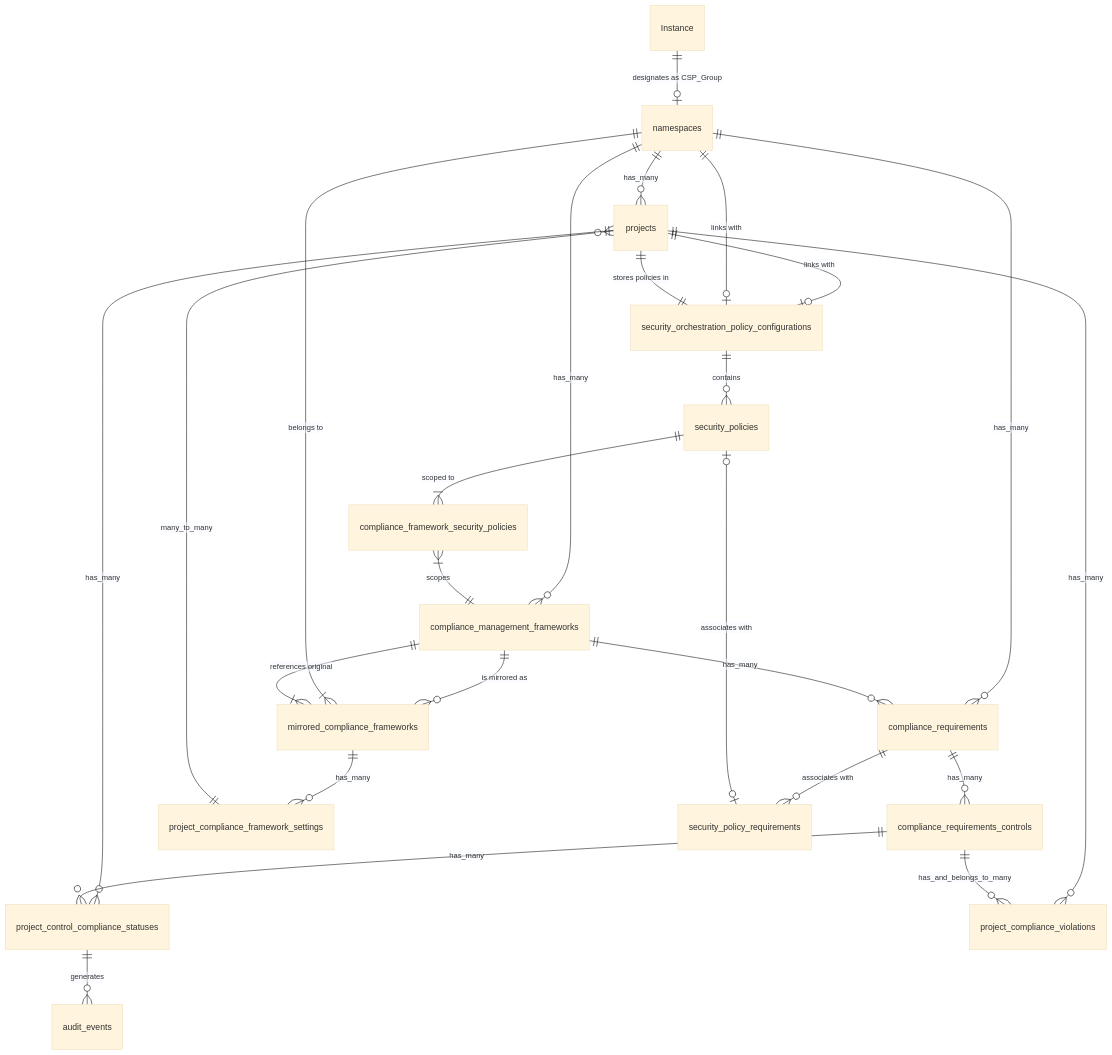
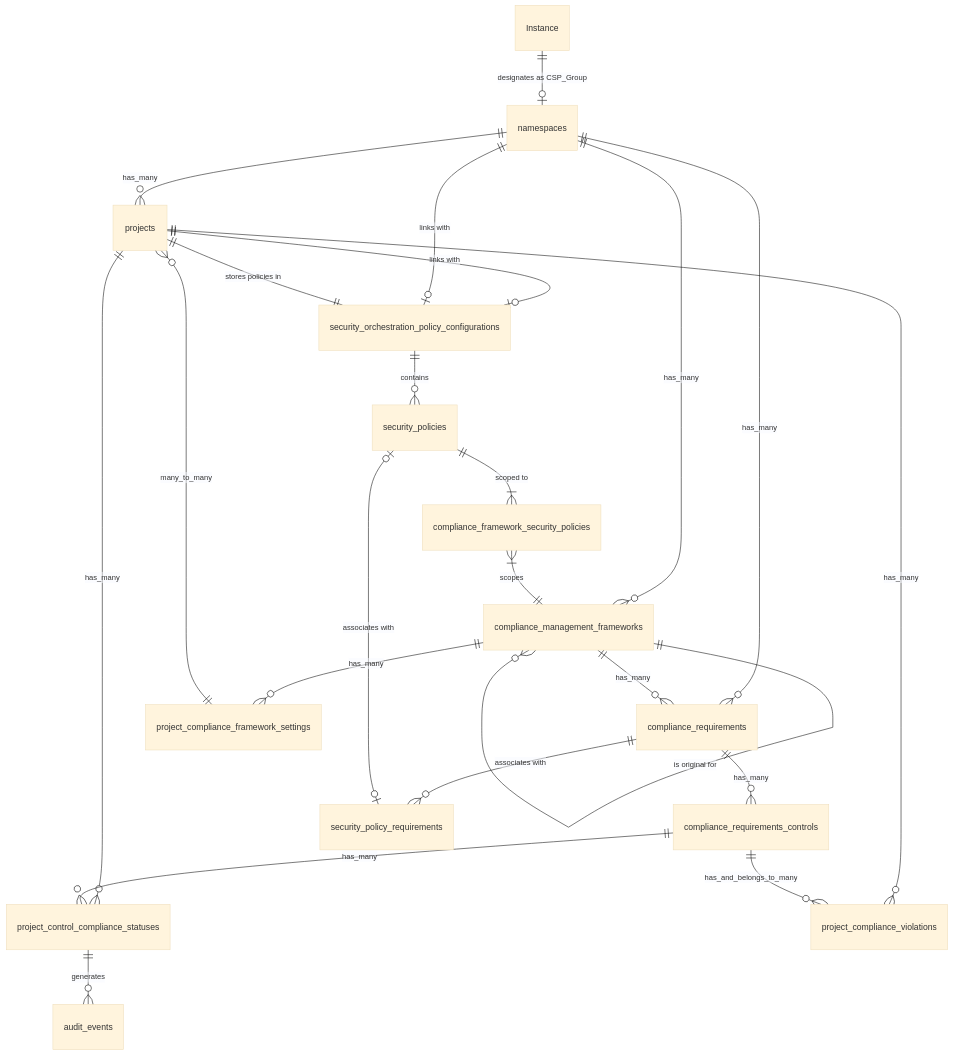
The diagram in content/handbook/engineering/architecture/design-documents/compliance_policy_instance_level_management/_index.md (zalyoung/gitlab-handbook), drawn with Mermaid (base theme) before and after one commit. The commit also changed other lines of this file, not shown here.

````diff
--- a/content/handbook/engineering/architecture/design-documents/compliance_policy_instance_level_management/_index.md
+++ b/content/handbook/engineering/architecture/design-documents/compliance_policy_instance_level_management/_index.md
@@ -68,37 +68,35 @@
 ```mermaid
 erDiagram
     Instance ||--o| namespaces : "designates as CSP_Group"
     
     namespaces ||--o{ projects : "has_many"
     namespaces ||--o{ compliance_management_frameworks : "has_many"
     namespaces ||--o{ compliance_requirements : "has_many"
     
     projects ||--o| security_orchestration_policy_configurations : "links with"
     namespaces ||--o| security_orchestration_policy_configurations : "links with"
     security_orchestration_policy_configurations ||--|| projects : "stores policies in"
     security_orchestration_policy_configurations ||--o{ security_policies : "contains"
     
     security_policies ||--|{ compliance_framework_security_policies : "scoped to"
     compliance_framework_security_policies }|--|| compliance_management_frameworks : "scopes"
     
     compliance_management_frameworks ||--o{ compliance_requirements : "has_many"
     compliance_requirements ||--o{ compliance_requirements_controls : "has_many"
     
-    compliance_management_frameworks ||--o{ mirrored_compliance_frameworks : "is mirrored as"
-    mirrored_compliance_frameworks }|--|| namespaces : "belongs to"
-    mirrored_compliance_frameworks }|--|| compliance_management_frameworks : "references original"
+    compliance_management_frameworks ||--o{ compliance_management_frameworks : "is original for"
     
-    mirrored_compliance_frameworks ||--o{ project_compliance_framework_settings : "has_many"
+    compliance_management_frameworks ||--o{ project_compliance_framework_settings : "has_many"
     project_compliance_framework_settings ||--o{ projects : "many_to_many"
     
     projects ||--o{ project_control_compliance_statuses : "has_many"
     compliance_requirements_controls ||--o{ project_control_compliance_statuses : "has_many"
     
     projects ||--o{ project_compliance_violations : "has_many"
     compliance_requirements_controls ||--o{ project_compliance_violations : "has_and_belongs_to_many"
     
     project_control_compliance_statuses ||--o{ audit_events : "generates"
     
     compliance_requirements ||--o{ security_policy_requirements : "associates with"
     security_policy_requirements |o--o| security_policies : "associates with"
 ```
````
